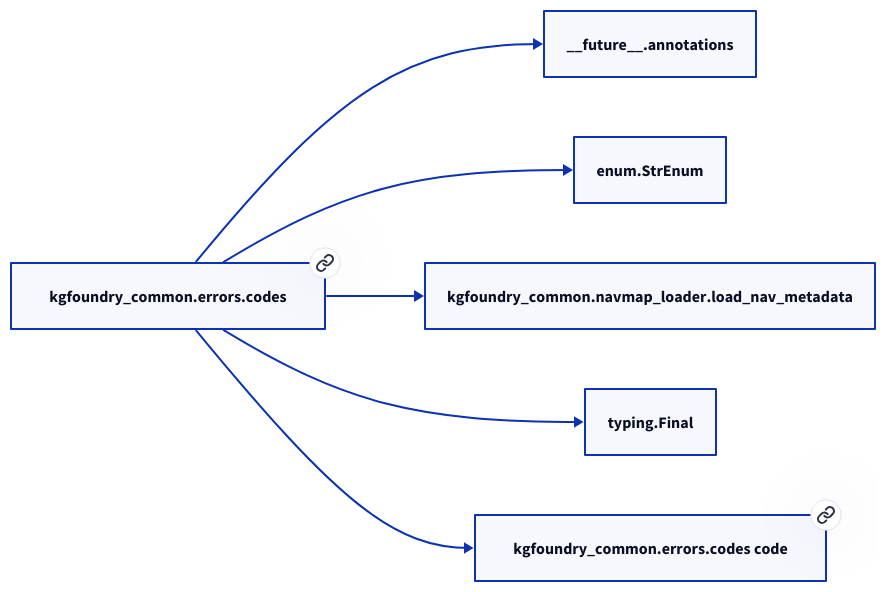
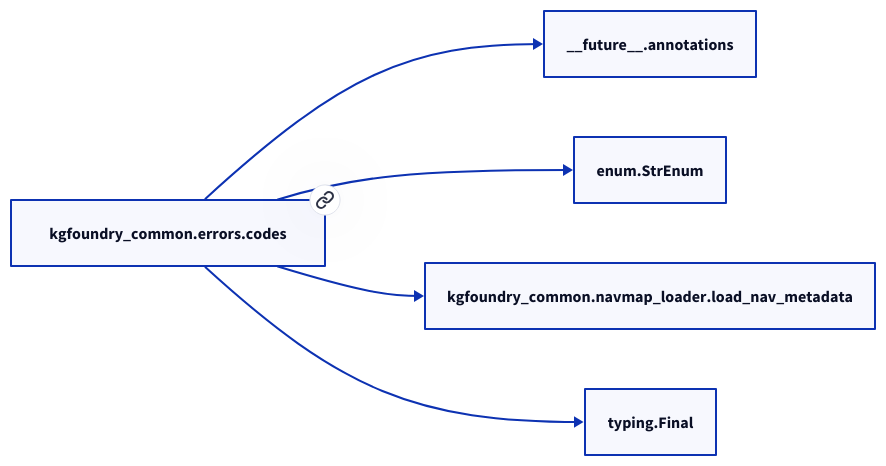
The second of 2 diagrams in docs/modules/kgfoundry_common/errors/codes.md (paul-heyse/kgforge), drawn with D2 before and after one commit. The commit also changed other lines of this file and 118 other files, not shown here.

````diff
--- a/docs/modules/kgfoundry_common/errors/codes.md
+++ b/docs/modules/kgfoundry_common/errors/codes.md
@@ -43,14 +41,12 @@
 ```d2
 direction: right
-"kgfoundry_common.errors.codes": "kgfoundry_common.errors.codes" { link: "./kgfoundry_common/errors/codes.md" }
+"kgfoundry_common.errors.codes": "kgfoundry_common.errors.codes" { link: "codes.md" }
 "__future__.annotations": "__future__.annotations"
 "kgfoundry_common.errors.codes" -> "__future__.annotations"
 "enum.StrEnum": "enum.StrEnum"
 "kgfoundry_common.errors.codes" -> "enum.StrEnum"
 "kgfoundry_common.navmap_loader.load_nav_metadata": "kgfoundry_common.navmap_loader.load_nav_metadata"
 "kgfoundry_common.errors.codes" -> "kgfoundry_common.navmap_loader.load_nav_metadata"
 "typing.Final": "typing.Final"
 "kgfoundry_common.errors.codes" -> "typing.Final"
-"kgfoundry_common.errors.codes_code": "kgfoundry_common.errors.codes code" { link: "https://github.com/kgfoundry/kgfoundry/blob/main/src/kgfoundry_common/errors/codes.py" }
-"kgfoundry_common.errors.codes" -> "kgfoundry_common.errors.codes_code" { style: dashed }
 ```
````
